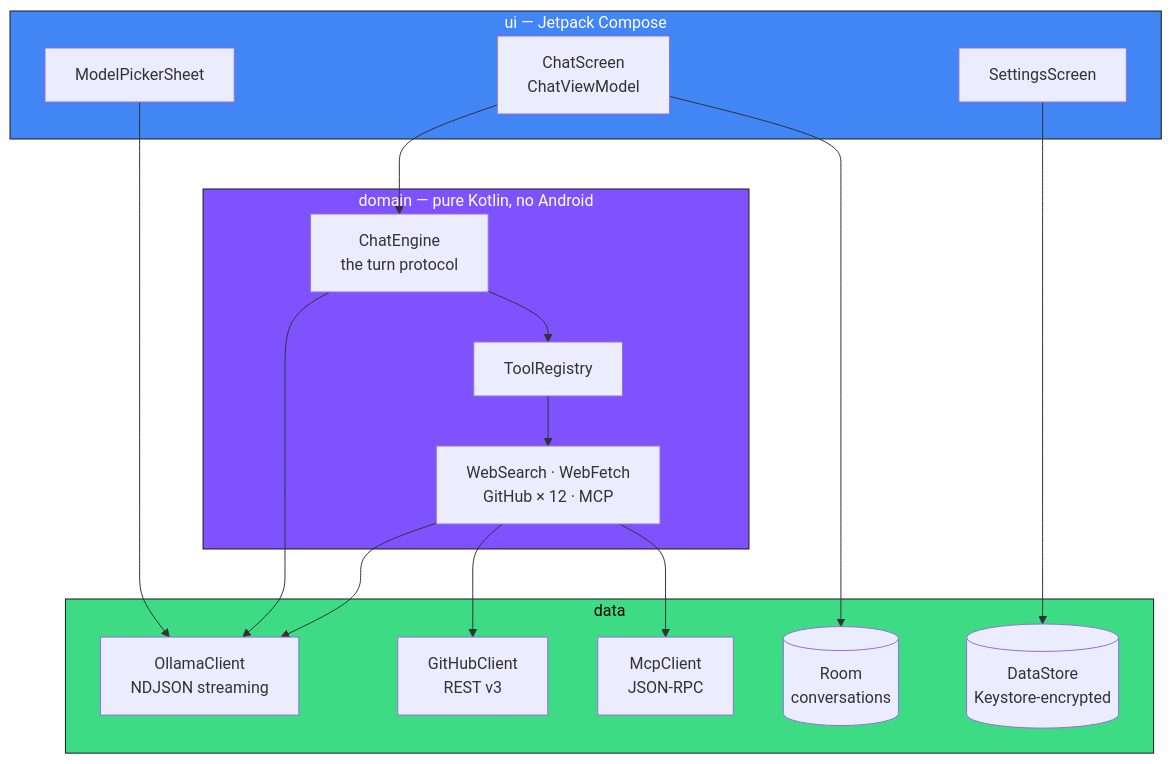
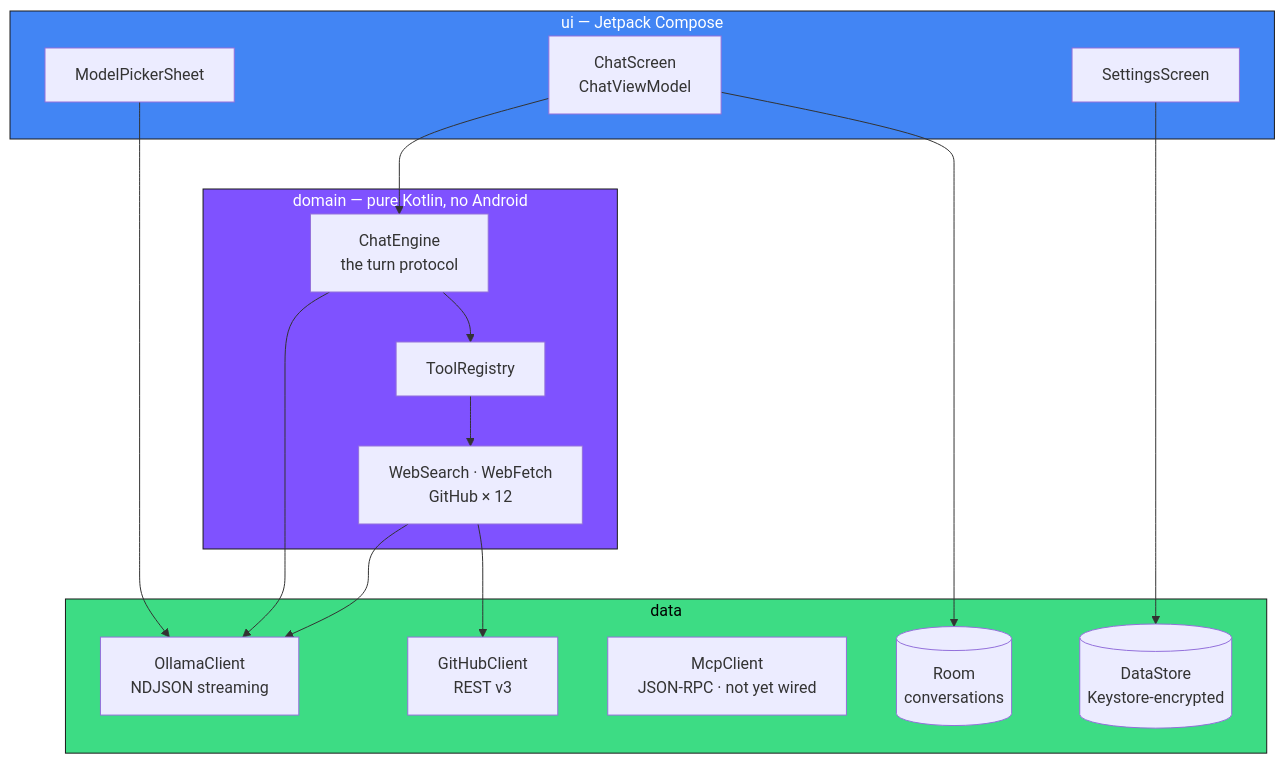
The first of 2 diagrams in README.md (klaibercore/cirrus), drawn with Mermaid before and after one commit. The commit also changed other lines of this file and 9 other files, not shown here.

````diff
--- a/README.md
+++ b/README.md
@@ -131,37 +137,36 @@
 ```mermaid
 graph TD
     subgraph ui["ui — Jetpack Compose"]
         Chat[ChatScreen<br/>ChatViewModel]
         Settings[SettingsScreen]
         Picker[ModelPickerSheet]
     end
 
     subgraph domain["domain — pure Kotlin, no Android"]
         Engine[ChatEngine<br/>the turn protocol]
         Registry[ToolRegistry]
-        Tools[WebSearch · WebFetch<br/>GitHub × 12 · MCP]
+        Tools[WebSearch · WebFetch<br/>GitHub × 12]
     end
 
     subgraph data["data"]
         Ollama[OllamaClient<br/>NDJSON streaming]
         GitHub[GitHubClient<br/>REST v3]
-        Mcp[McpClient<br/>JSON-RPC]
+        Mcp[McpClient<br/>JSON-RPC · not yet wired]
         Room[(Room<br/>conversations)]
         Store[(DataStore<br/>Keystore-encrypted)]
     end
 
     Chat --> Engine
     Settings --> Store
     Picker --> Ollama
     Engine --> Registry
     Registry --> Tools
     Engine --> Ollama
     Tools --> GitHub
-    Tools --> Mcp
     Tools --> Ollama
     Chat --> Room
 
     style ui fill:#4285F4,stroke:#1a1a1a,color:#fff
     style domain fill:#7F52FF,stroke:#1a1a1a,color:#fff
     style data fill:#3DDC84,stroke:#1a1a1a,color:#000
 ```
````
